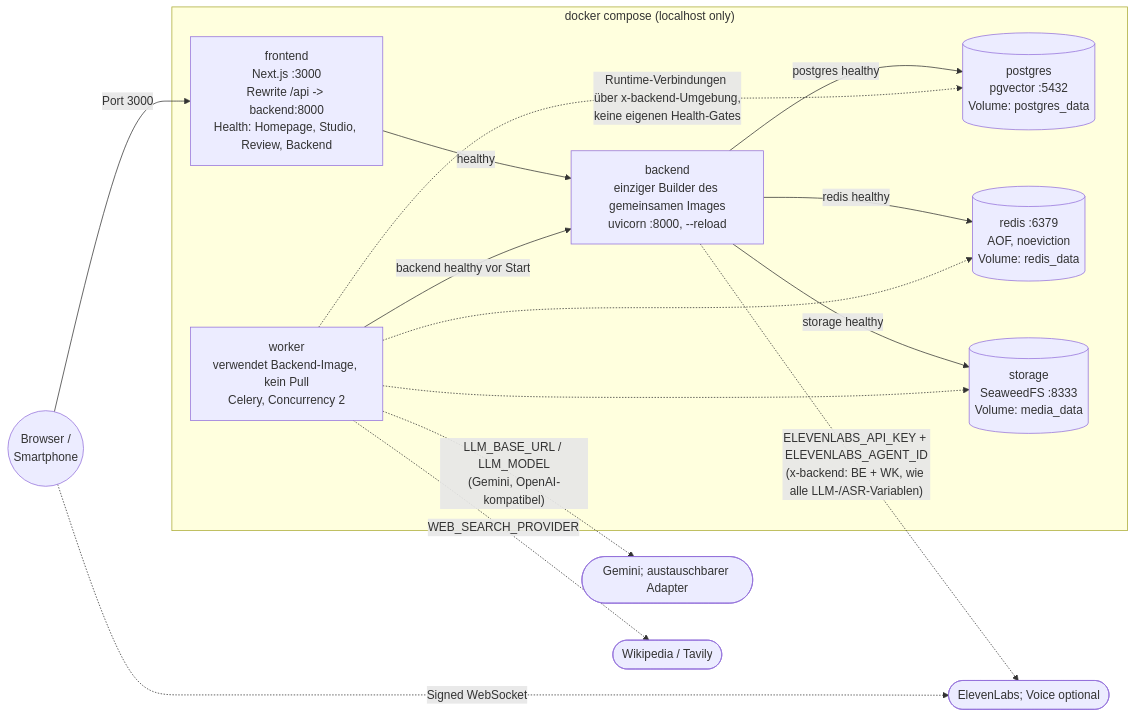
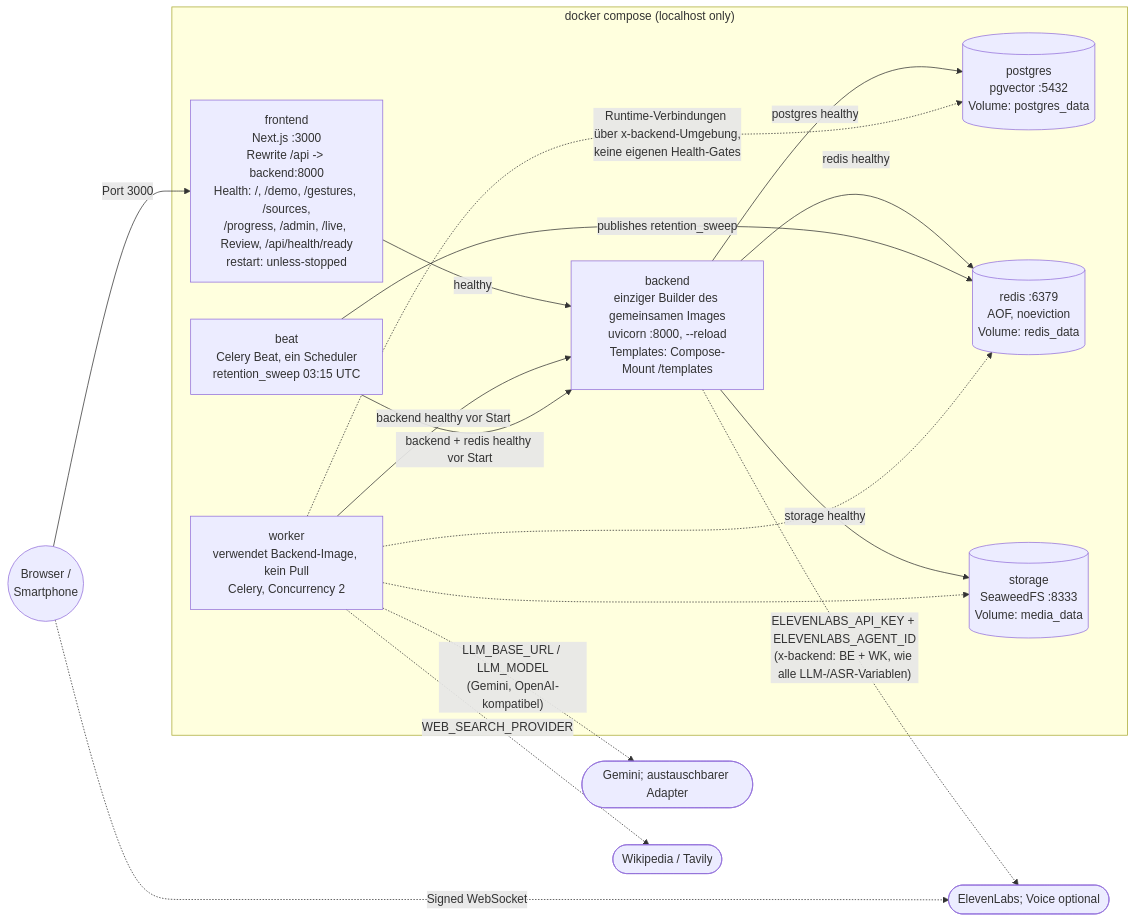
The second of 13 diagrams in docs/03-architecture.md (johannes3502/hackathon-fulda), drawn with Mermaid before and after one commit. The commit also changed other lines of this file and 103 other files, not shown here.

````diff
--- a/docs/03-architecture.md
+++ b/docs/03-architecture.md
@@ -149,25 +160,28 @@
 ```mermaid
 flowchart LR
     subgraph Host["docker compose (localhost only)"]
-        FE["frontend<br/>Next.js :3000<br/>Rewrite /api -> backend:8000<br/>Health: Homepage, Studio, Review, Backend"]
-        BE["backend<br/>einziger Builder des gemeinsamen Images<br/>uvicorn :8000, --reload"]
+        FE["frontend<br/>Next.js :3000<br/>Rewrite /api -> backend:8000<br/>Health: /, /demo, /gestures, /sources,<br/>/progress, /admin, /live, Review, /api/health/ready<br/>restart: unless-stopped"]
+        BE["backend<br/>einziger Builder des gemeinsamen Images<br/>uvicorn :8000, --reload<br/>Templates: Compose-Mount /templates"]
         WK["worker<br/>verwendet Backend-Image, kein Pull<br/>Celery, Concurrency 2"]
+        BT["beat<br/>Celery Beat, ein Scheduler<br/>retention_sweep 03:15 UTC"]
         PG[("postgres<br/>pgvector :5432<br/>Volume: postgres_data")]
         RD[("redis :6379<br/>AOF, noeviction<br/>Volume: redis_data")]
         ST[("storage<br/>SeaweedFS :8333<br/>Volume: media_data")]
     end
 
     User(("Browser /<br/>Smartphone")) -->|"Port 3000"| FE
     FE -->|"healthy"| BE
     BE -->|"postgres healthy"| PG
     BE -->|"storage healthy"| ST
     BE -->|"redis healthy"| RD
     WK -->|"backend healthy vor Start"| BE
+    BT -->|"backend + redis healthy vor Start"| BE
+    BT -->|"publishes retention_sweep"| RD
     WK -. "Runtime-Verbindungen über x-backend-Umgebung,<br/>keine eigenen Health-Gates" .-> PG
     WK -.-> ST
     WK -.-> RD
     WK -. "LLM_BASE_URL / LLM_MODEL<br/>(Gemini, OpenAI-kompatibel)" .-> LLM(["Gemini; austauschbarer Adapter"])
     BE -. "ELEVENLABS_API_KEY + ELEVENLABS_AGENT_ID<br/>(x-backend: BE + WK, wie alle LLM-/ASR-Variablen)" .-> EL(["ElevenLabs; Voice optional"])
     User -. "Signed WebSocket" .-> EL
     WK -. "WEB_SEARCH_PROVIDER" .-> WS(["Wikipedia / Tavily"])
 ```
````
